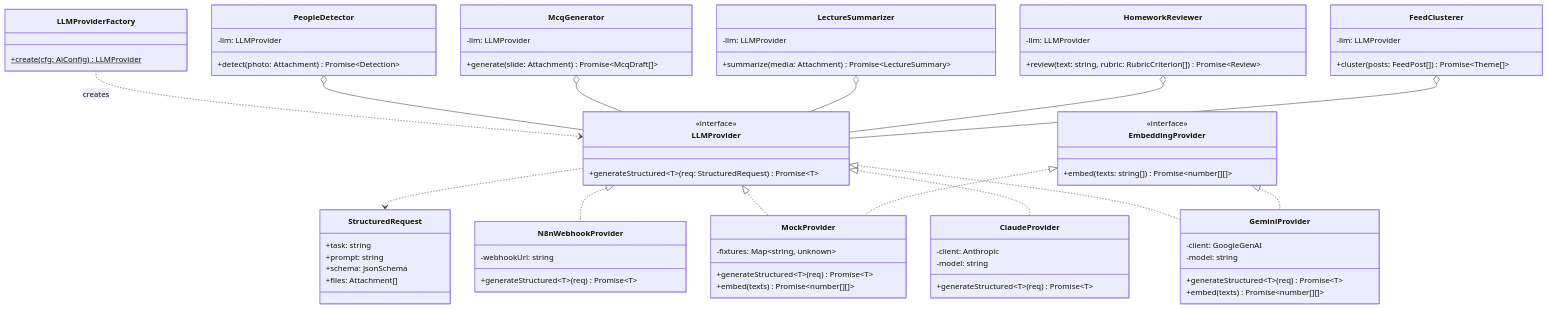
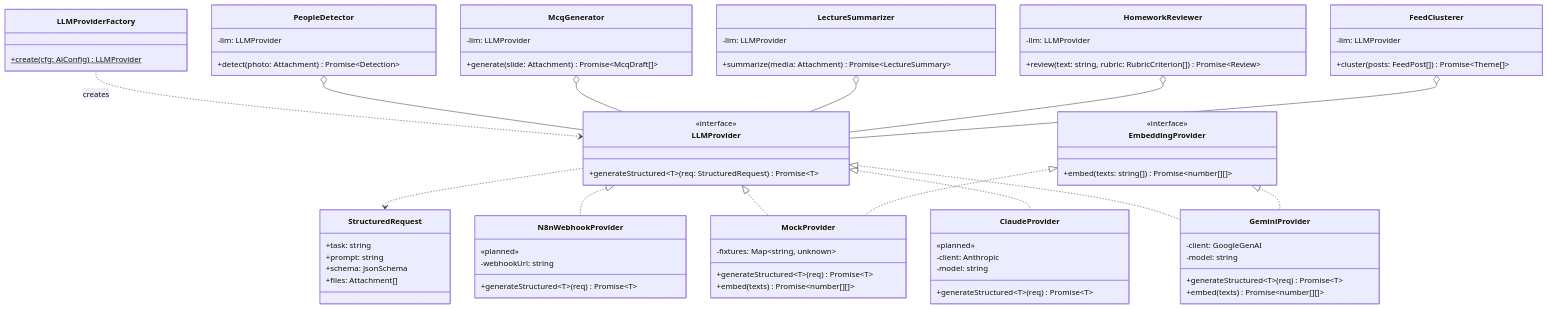
One commit to GiladApel/classpulse changed the second of 7 diagrams in docs/06-class-diagrams.md. Above: the diagram before and after it, drawn with Mermaid. The commit also changed other lines of this file and 50 other files, not shown here.

````diff
--- a/docs/06-class-diagrams.md
+++ b/docs/06-class-diagrams.md
@@ -124,75 +124,77 @@
 ```mermaid
 classDiagram
   direction TB
   class LLMProvider {
     <<interface>>
     +generateStructured~T~(req: StructuredRequest) Promise~T~
   }
   class EmbeddingProvider {
     <<interface>>
     +embed(texts: string[]) Promise~number[][]~
   }
   class GeminiProvider {
     -client: GoogleGenAI
     -model: string
     +generateStructured~T~(req) Promise~T~
     +embed(texts) Promise~number[][]~
   }
   class ClaudeProvider {
+    «planned»
     -client: Anthropic
     -model: string
     +generateStructured~T~(req) Promise~T~
   }
   class N8nWebhookProvider {
+    «planned»
     -webhookUrl: string
     +generateStructured~T~(req) Promise~T~
   }
   class MockProvider {
     -fixtures: Map~string, unknown~
     +generateStructured~T~(req) Promise~T~
     +embed(texts) Promise~number[][]~
   }
   class LLMProviderFactory {
     +create(cfg: AiConfig)$ LLMProvider
   }
   class StructuredRequest {
     +task: string
     +prompt: string
     +schema: JsonSchema
     +files: Attachment[]
   }
   class PeopleDetector {
     -llm: LLMProvider
     +detect(photo: Attachment) Promise~Detection~
   }
   class McqGenerator {
     -llm: LLMProvider
     +generate(slide: Attachment) Promise~McqDraft[]~
   }
   class LectureSummarizer {
     -llm: LLMProvider
     +summarize(media: Attachment) Promise~LectureSummary~
   }
   class HomeworkReviewer {
     -llm: LLMProvider
     +review(text: string, rubric: RubricCriterion[]) Promise~Review~
   }
   class FeedClusterer {
     -llm: LLMProvider
     +cluster(posts: FeedPost[]) Promise~Theme[]~
   }
 
   LLMProvider <|.. GeminiProvider
   LLMProvider <|.. ClaudeProvider
   LLMProvider <|.. N8nWebhookProvider
   LLMProvider <|.. MockProvider
   EmbeddingProvider <|.. GeminiProvider
   EmbeddingProvider <|.. MockProvider
   LLMProviderFactory ..> LLMProvider : creates
   LLMProvider ..> StructuredRequest
   PeopleDetector o-- LLMProvider
   McqGenerator o-- LLMProvider
   LectureSummarizer o-- LLMProvider
   HomeworkReviewer o-- LLMProvider
   FeedClusterer o-- LLMProvider
 ```
````
